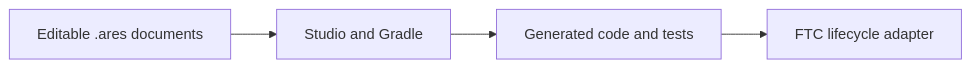
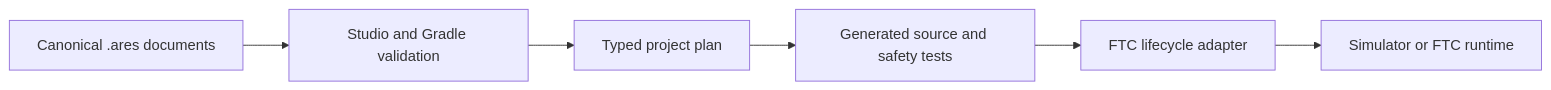
The diagram in content/learning/ftc-starter/01-project-identity.md (ARES-23247/ARESWEB), drawn with Mermaid before and after one commit. The commit also changed other lines of this file and 7 other files, not shown here.

````diff
--- a/content/learning/ftc-starter/01-project-identity.md
+++ b/content/learning/ftc-starter/01-project-identity.md
@@ -15,7 +35,9 @@
 ```mermaid
-%% aria: Students edit the ARES project documents. Studio uses them to generate code and tests. The FTC adapter then connects that code to the robot.
+%% aria: A student edits canonical project, drivebase, tuning, controls, and subsystem documents. Studio and Gradle validate those documents, build a typed project plan, and generate source and safety tests. A small FTC lifecycle adapter connects the generated project to the FTC runtime.
 flowchart LR
-  A["Editable .ares documents"] --> B["Studio and Gradle"]
-  B --> C["Generated code and tests"]
-  C --> D["FTC lifecycle adapter"]
+  A["Canonical .ares documents"] --> B["Studio and Gradle validation"]
+  B --> C["Typed project plan"]
+  C --> D["Generated source and safety tests"]
+  D --> E["FTC lifecycle adapter"]
+  E --> F["Simulator or FTC runtime"]
 ```
````
